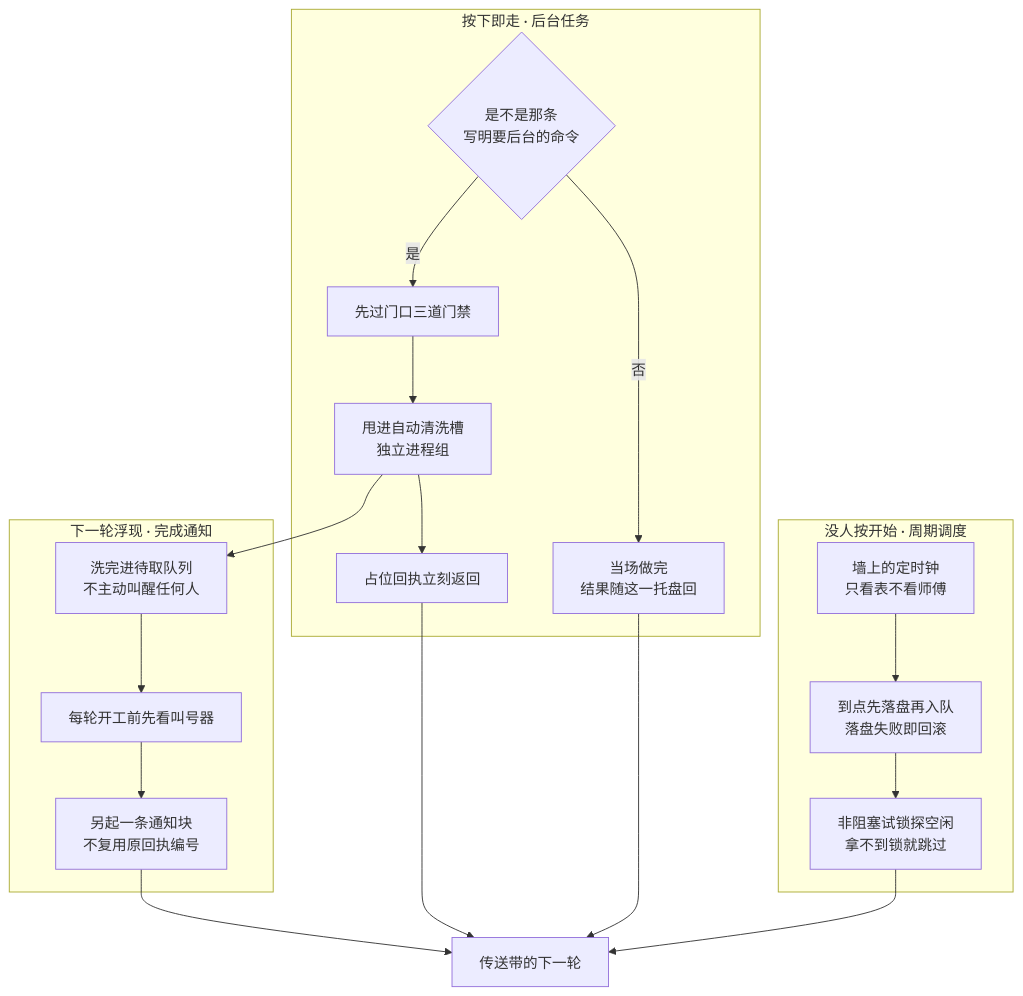
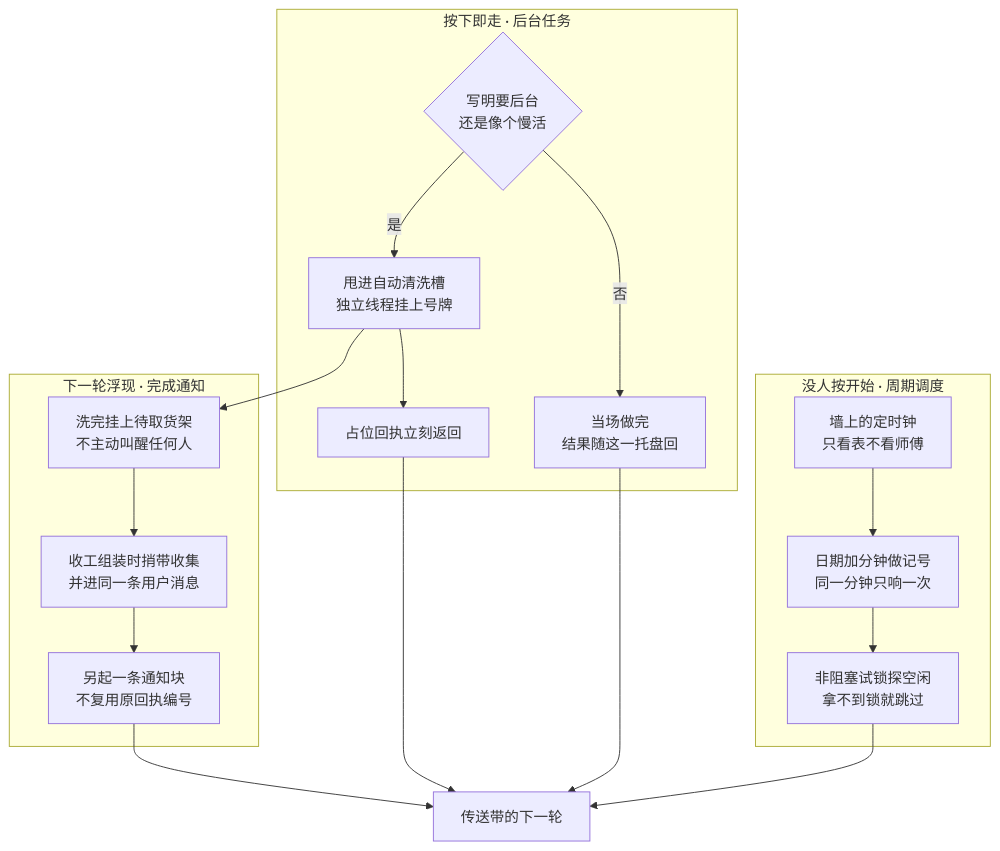
The diagram in docs/assets/mermaid/agent-harness/claude-code-concurrency--timing-panorama.mmd (ThreeFish-AI/negentropy), drawn with Mermaid before and after one commit. The commit also changed 23 other files, not shown here.

```diff
--- a/docs/assets/mermaid/agent-harness/claude-code-concurrency--timing-panorama.mmd
+++ b/docs/assets/mermaid/agent-harness/claude-code-concurrency--timing-panorama.mmd
@@ -1,32 +1,31 @@
 %% source: docs/research/agent-harness/174-claude-code-concurrency.md §2
 %% slug: claude-code-concurrency--timing-panorama
 %% type: workflow
 %% derived: docs/assets/architecture/agent-harness/claude-code-concurrency--timing-panorama.html
 flowchart TD
     subgraph S1["按下即走 · 后台任务"]
-        A1{"是不是那条<br/>写明要后台的命令"}
+        A1{"写明要后台<br/>还是像个慢活"}
         A1 -- "否" --> A2["当场做完<br/>结果随这一托盘回"]
-        A1 -- "是" --> A3["先过门口三道门禁"]
-        A3 --> A4["甩进自动清洗槽<br/>独立进程组"]
-        A4 --> A5["占位回执立刻返回"]
+        A1 -- "是" --> A3["甩进自动清洗槽<br/>独立线程挂上号牌"]
+        A3 --> A4["占位回执立刻返回"]
     end
     subgraph S2["下一轮浮现 · 完成通知"]
-        B1["洗完进待取队列<br/>不主动叫醒任何人"]
-        B2["每轮开工前先看叫号器"]
+        B1["洗完挂上待取货架<br/>不主动叫醒任何人"]
+        B2["收工组装时捎带收集<br/>并进同一条用户消息"]
         B3["另起一条通知块<br/>不复用原回执编号"]
     end
     subgraph S3["没人按开始 · 周期调度"]
         C1["墙上的定时钟<br/>只看表不看师傅"]
-        C2["到点先落盘再入队<br/>落盘失败即回滚"]
+        C2["日期加分钟做记号<br/>同一分钟只响一次"]
         C3["非阻塞试锁探空闲<br/>拿不到锁就跳过"]
     end
-    A4 --> B1
+    A3 --> B1
     B1 --> B2
     B2 --> B3
     B3 --> Z
-    A5 --> Z
+    A4 --> Z
     A2 --> Z
     C1 --> C2
     C2 --> C3
     C3 --> Z
     Z["传送带的下一轮"]
```
